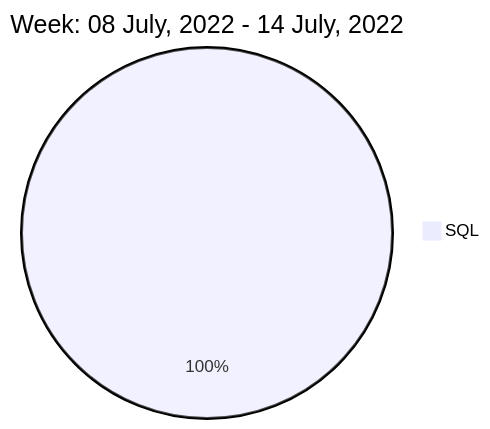
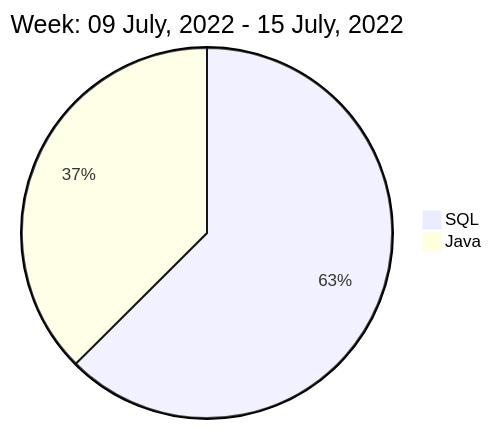
One commit to liubin95/liubin95 changed the diagram in README.md. Above: the diagram before and after it, drawn with Mermaid.

Commit message:
Updated the Graph with new Metrics

````diff
--- a/README.md
+++ b/README.md
@@ -40,5 +40,6 @@
 ```mermaid
  pie
-title Week: 08 July, 2022 - 14 July, 2022
- "SQL" : 1.95
+title Week: 09 July, 2022 - 15 July, 2022
+ "SQL" : 2.72
+ "Java" : 1.63
 ```
````
